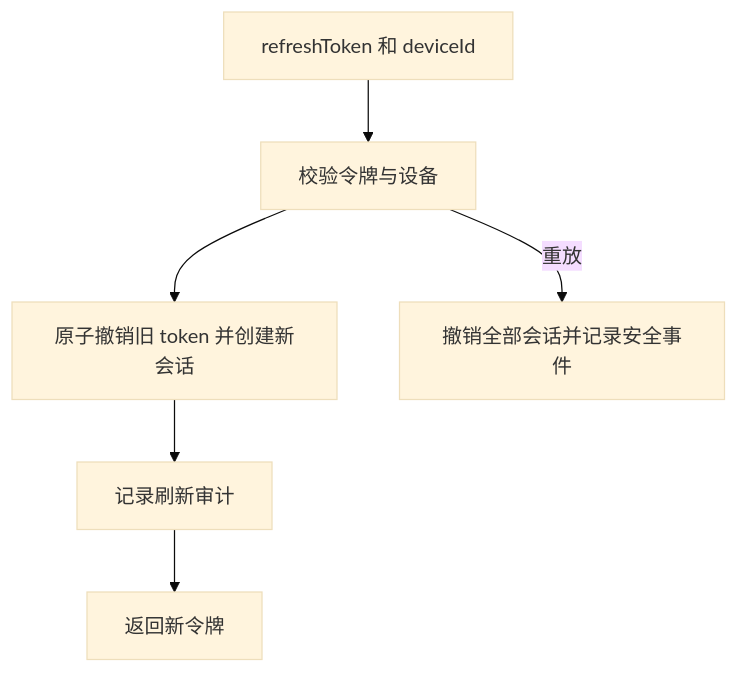
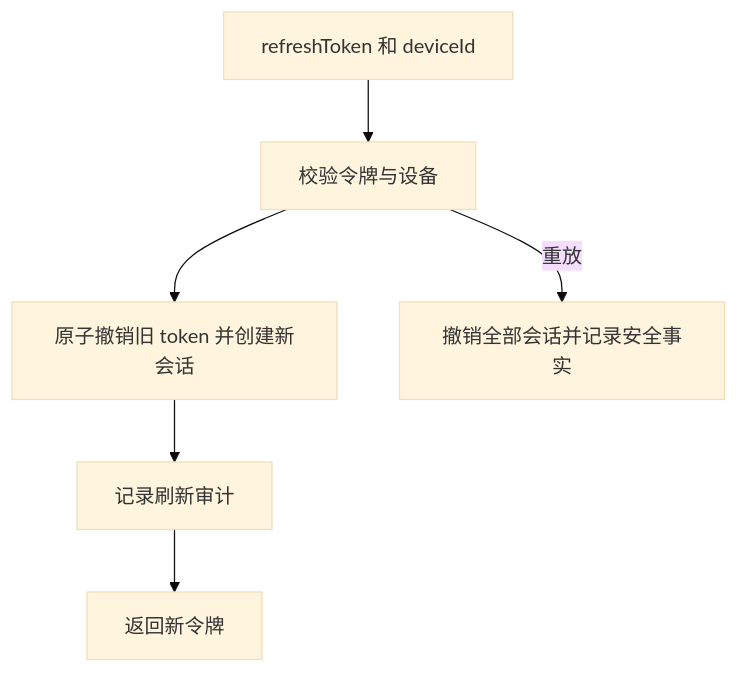
One commit to Kylinlixd/suno changed diagram 19 of 42 in docs/requirements/identity.md. Above: the diagram before and after it, drawn with Mermaid (base theme). The commit also changed other lines of this file and 2 other files, not shown here.

Commit message:
docs: clarify identity and operations transaction flows

````diff
--- a/docs/requirements/identity.md
+++ b/docs/requirements/identity.md
@@ -186,8 +195,8 @@
 ```mermaid
 flowchart TD
   I[refreshToken 和 deviceId] --> V[校验令牌与设备]
   V --> R[原子撤销旧 token 并创建新会话]
   R --> A[记录刷新审计]
   A --> O[返回新令牌]
-  V -->|重放| X[撤销全部会话并记录安全事件]
+  V -->|重放| X[撤销全部会话并记录安全事实]
 ```
````
